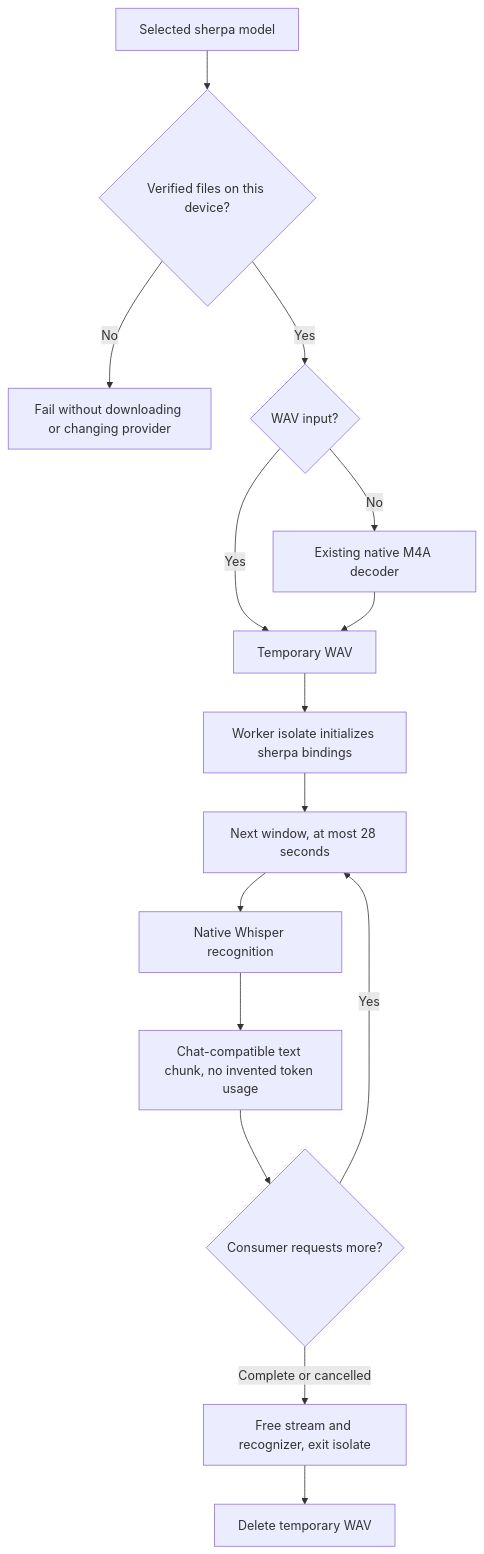
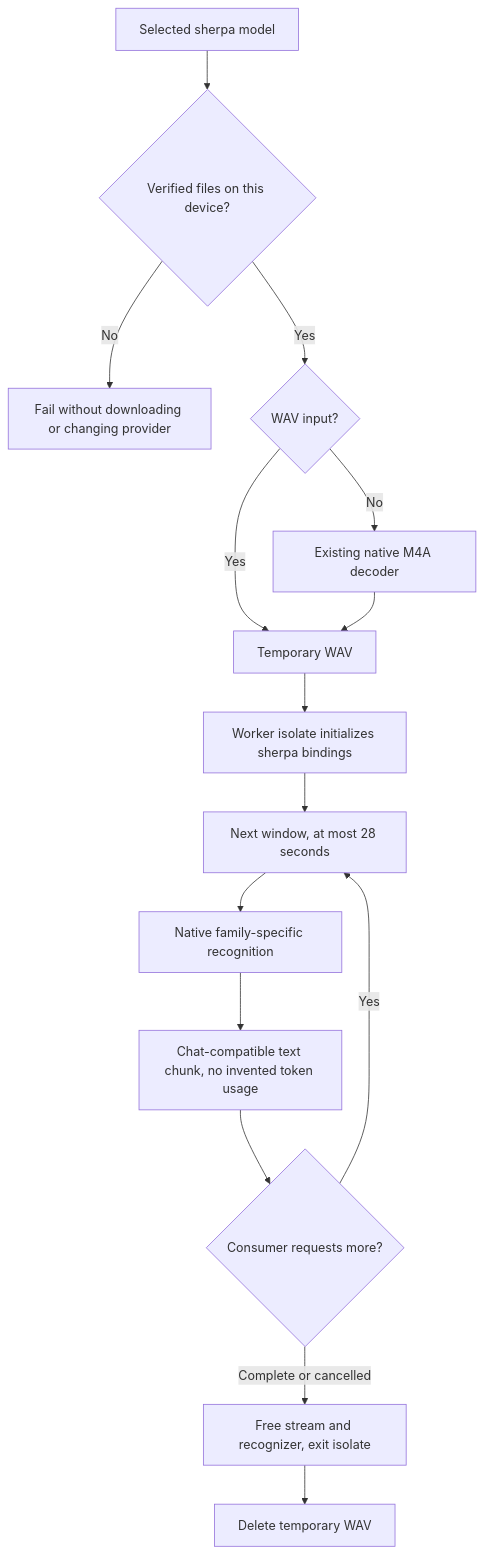
One commit to matthiasn/lotti changed the third of 3 diagrams in knowledge/features/ai/embedded-speech.md. Above: the diagram before and after it, drawn with Mermaid. The commit also changed other lines of this file and 49 other files, not shown here.

````diff
--- a/knowledge/features/ai/embedded-speech.md
+++ b/knowledge/features/ai/embedded-speech.md
@@ -107,17 +137,17 @@
 ```mermaid
 flowchart TD
   Request[Selected sherpa model] --> Installed{Verified files on this device?}
   Installed -->|No| Error[Fail without downloading or changing provider]
   Installed -->|Yes| Format{WAV input?}
   Format -->|No| Convert[Existing native M4A decoder]
   Format -->|Yes| Scratch[Temporary WAV]
   Convert --> Scratch
   Scratch --> Worker[Worker isolate initializes sherpa bindings]
   Worker --> Window[Next window, at most 28 seconds]
-  Window --> Decode[Native Whisper recognition]
+  Window --> Decode[Native family-specific recognition]
   Decode --> Chunk[Chat-compatible text chunk, no invented token usage]
   Chunk --> More{Consumer requests more?}
   More -->|Yes| Window
   More -->|Complete or cancelled| Free[Free stream and recognizer, exit isolate]
   Free --> Cleanup[Delete temporary WAV]
 ```
````
